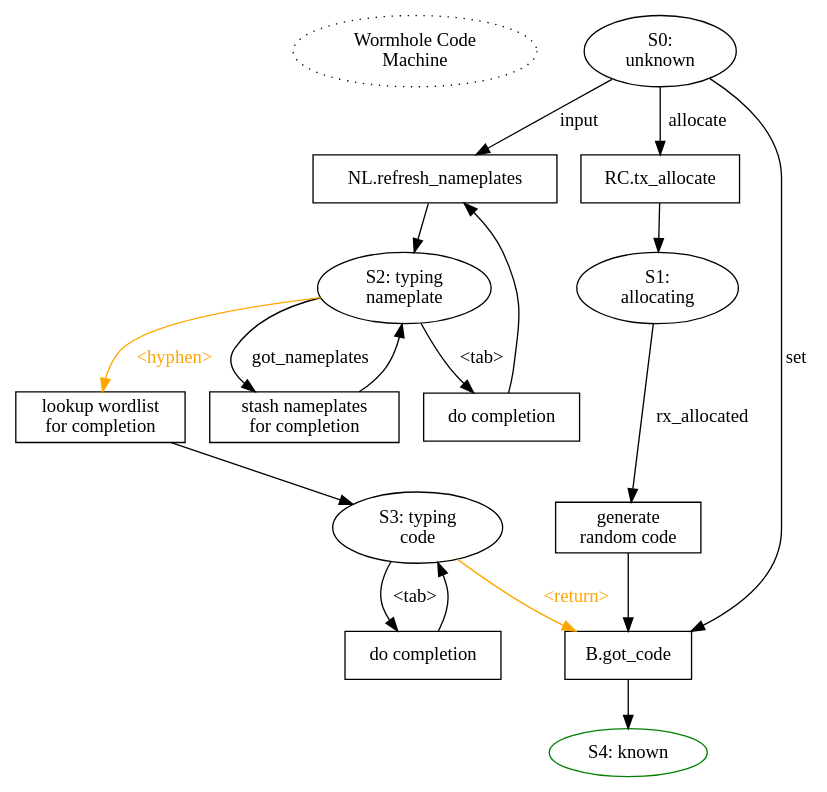
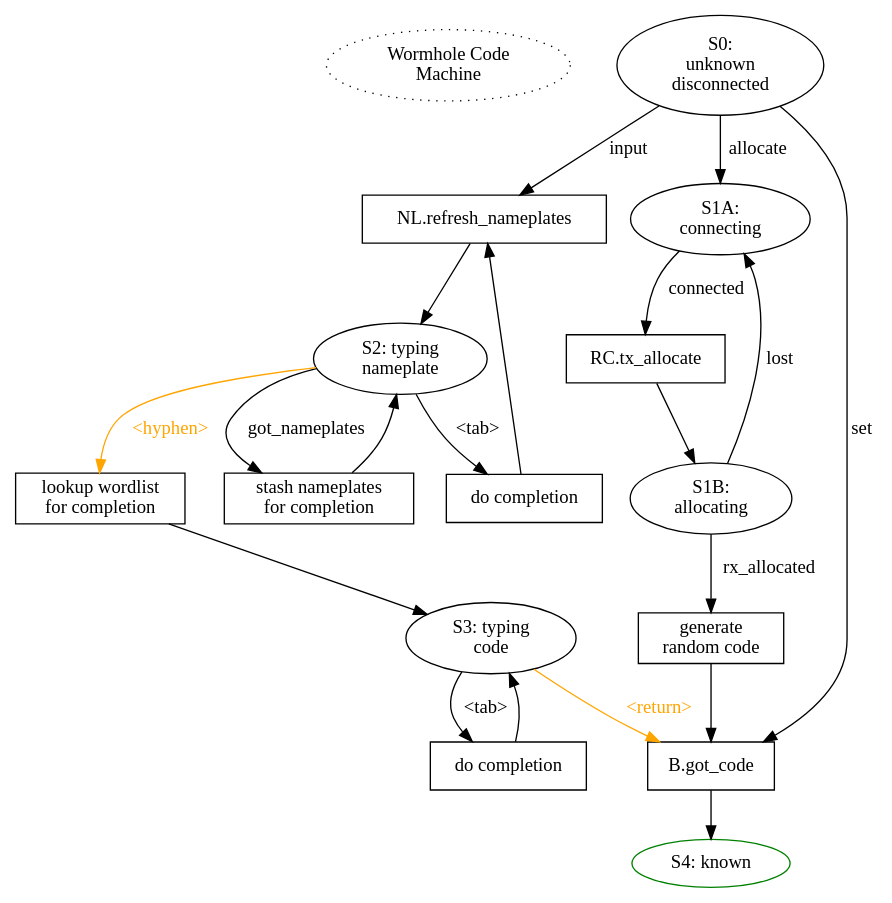
The diagram in docs/code.dot (magic-wormhole/magic-wormhole), drawn with Graphviz before and after one commit. The commit also changed 3 other files, not shown here.

First line of the commit message:
Code: don't sent tx_allocate until we're connected

```diff
--- a/docs/code.dot
+++ b/docs/code.dot
@@ -1,46 +1,46 @@
 digraph {
 
         start [label="Wormhole Code\nMachine" style="dotted"]
         {rank=same; start S0}
-        {rank=same; P0_list_nameplates P0_allocate}
-        {rank=same; S1 S2}
-        {rank=same; S3 P1_generate}
         start -> S0 [style="invis"]
-        S0 [label="S0:\nunknown"]
+        S0 [label="S0:\nunknown\ndisconnected"]
         S0 -> P0_got_code [label="set"]
         P0_got_code [shape="box" label="B.got_code"]
         P0_got_code -> S4
         S4 [label="S4: known" color="green"]
 
         S0 -> P0_list_nameplates [label="input"]
         S2 [label="S2: typing\nnameplate"]
 
         S2 -> P2_completion [label="<tab>"]
         P2_completion [shape="box" label="do completion"]
         P2_completion -> P0_list_nameplates
         P0_list_nameplates [shape="box" label="NL.refresh_nameplates"]
         P0_list_nameplates -> S2
 
         S2 -> P2_got_nameplates [label="got_nameplates"]
         P2_got_nameplates [shape="box" label="stash nameplates\nfor completion"]
         P2_got_nameplates -> S2
         S2 -> P2_finish [label="<hyphen>" color="orange" fontcolor="orange"]
         P2_finish [shape="box" label="lookup wordlist\nfor completion"]
         P2_finish -> S3
         S3 [label="S3: typing\ncode"]
         S3 -> P3_completion [label="<tab>"]
         P3_completion [shape="box" label="do completion"]
         P3_completion -> S3
 
         S3 -> P0_got_code [label="<return>"
                            color="orange" fontcolor="orange"]
 
-        S0 -> P0_allocate [label="allocate"]
-        P0_allocate [shape="box" label="RC.tx_allocate"]
-        P0_allocate -> S1
-        S1 [label="S1:\nallocating"]
-        S1 -> P1_generate [label="rx_allocated"]
+        S0 -> S1A [label="allocate"]
+        S1A [label="S1A:\nconnecting"]
+        S1A -> P1_allocate [label="connected"]
+        P1_allocate [shape="box" label="RC.tx_allocate"]
+        P1_allocate -> S1B
+        S1B [label="S1B:\nallocating"]
+        S1B -> P1_generate [label="rx_allocated"]
+        S1B -> S1A [label="lost"]
         P1_generate [shape="box" label="generate\nrandom code"]
         P1_generate -> P0_got_code
         
 }
```
